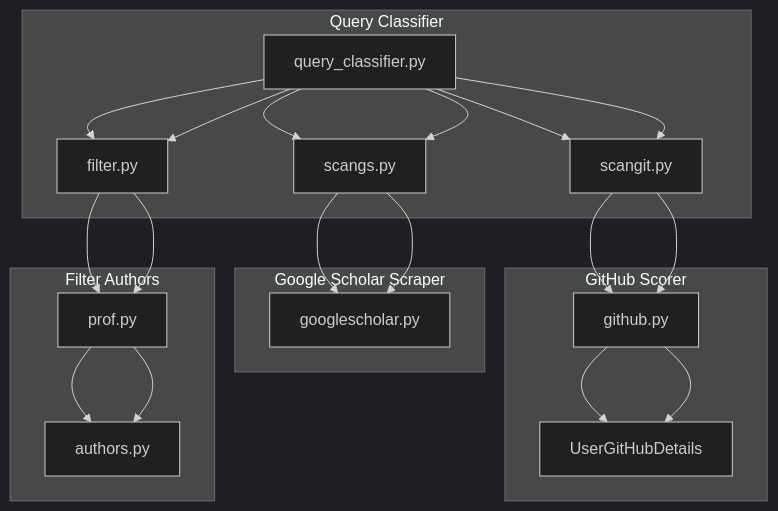
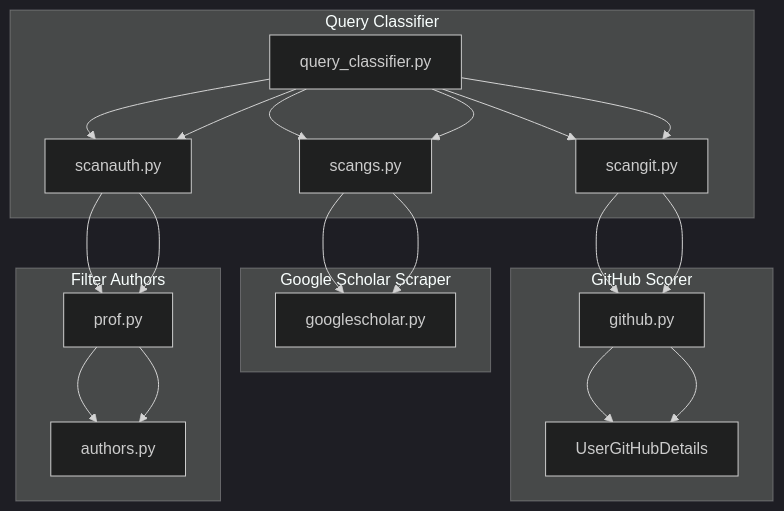
The diagram in README.md (aarcee17/AIrecruiter), drawn with Mermaid (dark theme) before and after one commit. The commit also changed other lines of this file and 13 other files, not shown here.

````diff
--- a/README.md
+++ b/README.md
@@ -12,32 +12,32 @@
 ```mermaid
 graph TD
 
 subgraph Query Classifier
     A1[query_classifier.py] --> B1[scangit.py]
     A1 --> C1[scangs.py]
-    A1 --> D1[filter.py]
+    A1 --> D1[scanauth.py]
 end
 
 subgraph GitHub Scorer
     B1 --> B2[github.py]
     B2 --> B3[UserGitHubDetails]
 end
 
 subgraph Google Scholar Scraper
     C1 --> C2[googlescholar.py]
 end
 
 subgraph Filter Authors
     D1 --> D2[prof.py]
     D2 --> D3[authors.py]
 end
 
 A1 --> B1
 A1 --> C1
 A1 --> D1
 B1 --> B2
 B2 --> B3
 C1 --> C2
 D1 --> D2
 D2 --> D3
 ```
````
